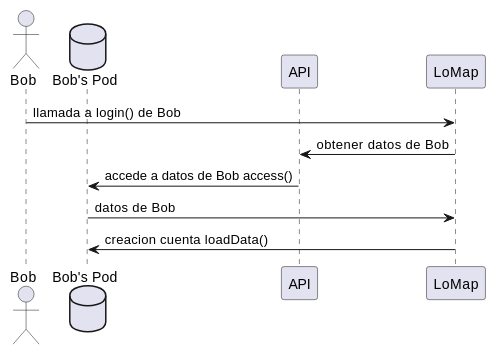
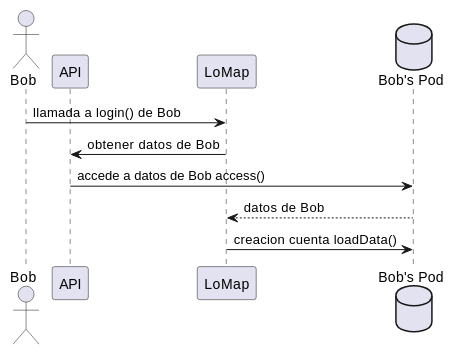
The first of 3 diagrams in docs/06_runtime_view.adoc (Arquisoft/lomap_es5b), drawn with PlantUML before and after one commit. The commit also changed other lines of this file and 1 other file, not shown here.

```diff
--- a/docs/06_runtime_view.adoc
+++ b/docs/06_runtime_view.adoc
@@ -38,12 +38,12 @@
 [plantuml,"Login",png]
 ----
 actor Bob
-database Pod as "Bob's Pod"
 participant API
 participant LoMap
+database Pod as "Bob's Pod"
 Bob -> LoMap: llamada a login() de Bob
 LoMap -> API: obtener datos de Bob
 API -> Pod: accede a datos de Bob access()
-Pod -> LoMap: datos de Bob
+Pod --> LoMap: datos de Bob
 LoMap -> Pod: creacion cuenta loadData()
 ----
```
